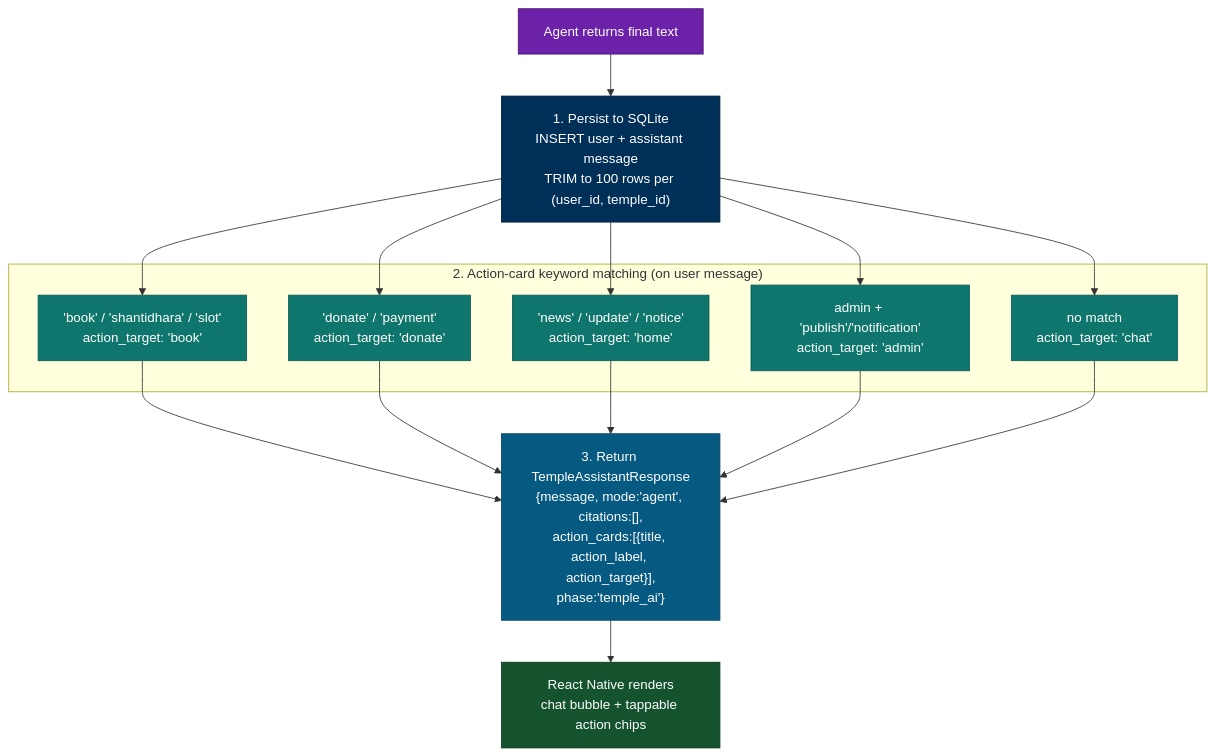
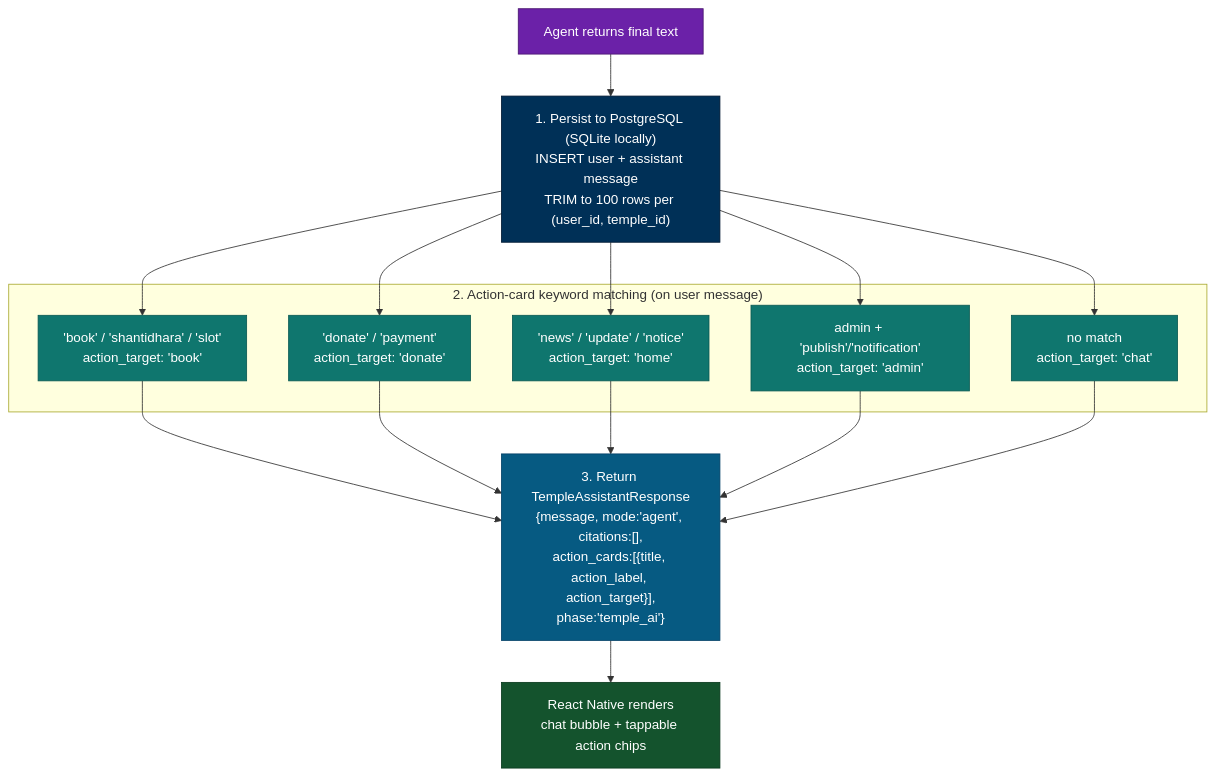
Before and after one commit to apoorv2009/interview-vault: diagram 11 of 11 in aagam-mitra/ARCHITECTURE_DIAGRAMS.md, drawn with Mermaid. The commit also changed other lines of this file and 2 other files, not shown here.

First line of the commit message:
docs(aagam-mitra): clarify SQLite is dev-only, PostgreSQL is production target

````diff
--- a/aagam-mitra/ARCHITECTURE_DIAGRAMS.md
+++ b/aagam-mitra/ARCHITECTURE_DIAGRAMS.md
@@ -473,33 +473,33 @@
 ```mermaid
 flowchart TD
     Agent["Agent returns final text"]
 
-    Persist["1. Persist to SQLite<br/>INSERT user + assistant message<br/>TRIM to 100 rows per (user_id, temple_id)"]
+    Persist["1. Persist to PostgreSQL (SQLite locally)<br/>INSERT user + assistant message<br/>TRIM to 100 rows per (user_id, temple_id)"]
 
     subgraph CARDS["2. Action-card keyword matching (on user message)"]
         K1["'book' / 'shantidhara' / 'slot'<br/>action_target: 'book'"]
         K2["'donate' / 'payment'<br/>action_target: 'donate'"]
         K3["'news' / 'update' / 'notice'<br/>action_target: 'home'"]
         K4["admin + 'publish'/'notification'<br/>action_target: 'admin'"]
         K5["no match<br/>action_target: 'chat'"]
     end
 
     Resp["3. Return TempleAssistantResponse<br/>{message, mode:'agent', citations:[],<br/>action_cards:[{title, action_label, action_target}],<br/>phase:'temple_ai'}"]
 
     UI["React Native renders<br/>chat bubble + tappable action chips"]
 
     Agent --> Persist --> K1 & K2 & K3 & K4 & K5
     K1 & K2 & K3 & K4 & K5 --> Resp --> UI
 
     classDef agent fill:#6B21A8,color:#fff,stroke:#4A1570
     classDef persist fill:#003057,color:#fff,stroke:#001933
     classDef card fill:#0F766E,color:#fff,stroke:#0B5A54
     classDef resp fill:#065A82,color:#fff,stroke:#044268
     classDef ui fill:#14532D,color:#fff,stroke:#0A3A1E
 
     class Agent agent
     class Persist persist
     class K1,K2,K3,K4,K5 card
     class Resp resp
     class UI ui
 ```
````
